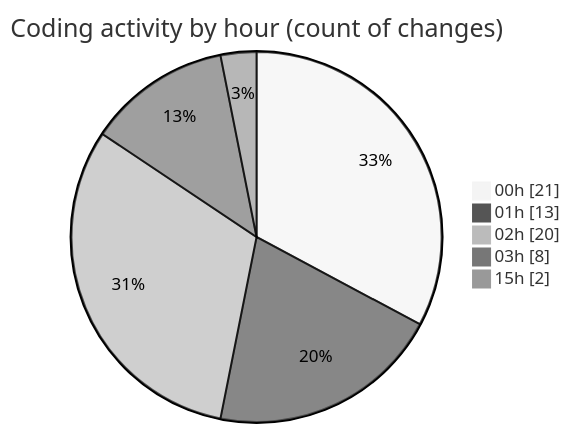
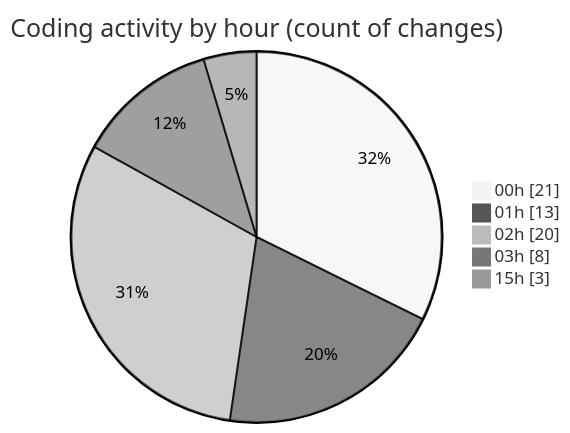
The second of 2 diagrams in 2025-06-22/___base/README.md (Ritupan-Deka/code-tracking), drawn with Mermaid (neutral theme) before and after one commit. The commit also changed other lines of this file and 1 other file, not shown here.

````diff
--- a/2025-06-22/___base/README.md
+++ b/2025-06-22/___base/README.md
@@ -30,9 +30,9 @@
 ```mermaid
 pie showData
 title Coding activity by hour (count of changes)
 "00h" : 21
 "01h" : 13
 "02h" : 20
 "03h" : 8
-"15h" : 2
+"15h" : 3
 ```
````
